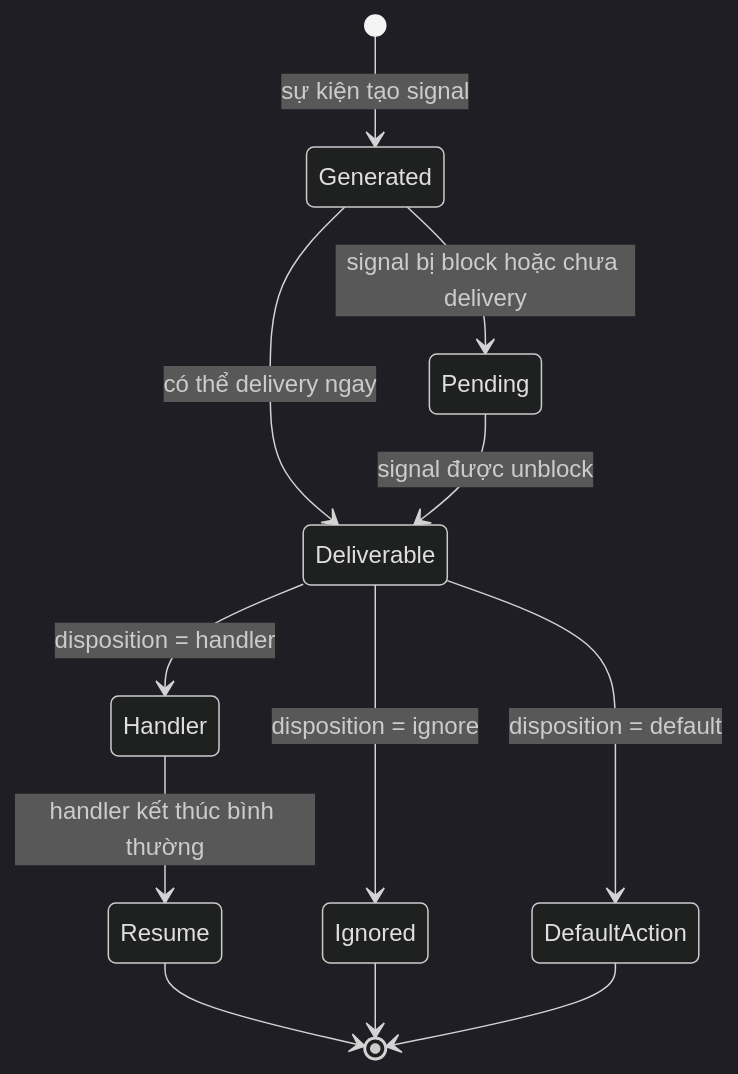
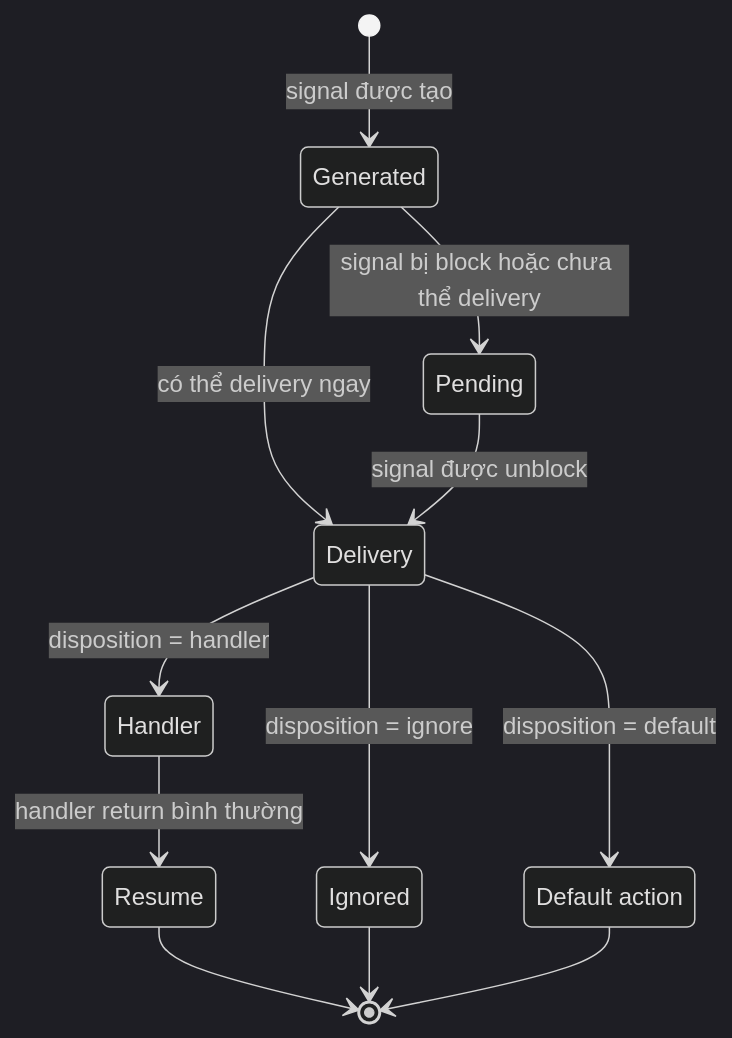
The diagram in phase-01/README-topic-05.md (hai-kevins/embedded-linux), drawn with Mermaid (dark theme) before and after one commit. The commit also changed other lines of this file and 8 other files, not shown here.

````diff
--- a/phase-01/README-topic-05.md
+++ b/phase-01/README-topic-05.md
@@ -148,14 +148,22 @@
 ```mermaid
 stateDiagram-v2
-    [*] --> Generated: sự kiện tạo signal
-    Generated --> Pending: signal bị block hoặc chưa delivery
-    Generated --> Deliverable: có thể delivery ngay
-    Pending --> Deliverable: signal được unblock
-    Deliverable --> Ignored: disposition = ignore
-    Deliverable --> Handler: disposition = handler
-    Deliverable --> DefaultAction: disposition = default
-    Handler --> Resume: handler kết thúc bình thường
+    state "Generated" as Generated
+    state "Pending" as Pending
+    state "Delivery" as Delivery
+    state "Handler" as Handler
+    state "Resume" as Resume
+    state "Ignored" as Ignored
+    state "Default action" as DefaultAction
+
+    [*] --> Generated: signal được tạo
+    Generated --> Pending: signal bị block hoặc chưa thể delivery
+    Generated --> Delivery: có thể delivery ngay
+    Pending --> Delivery: signal được unblock
+    Delivery --> Ignored: disposition = ignore
+    Delivery --> Handler: disposition = handler
+    Delivery --> DefaultAction: disposition = default
+    Handler --> Resume: handler return bình thường
     Resume --> [*]
     Ignored --> [*]
     DefaultAction --> [*]
 ```
````
